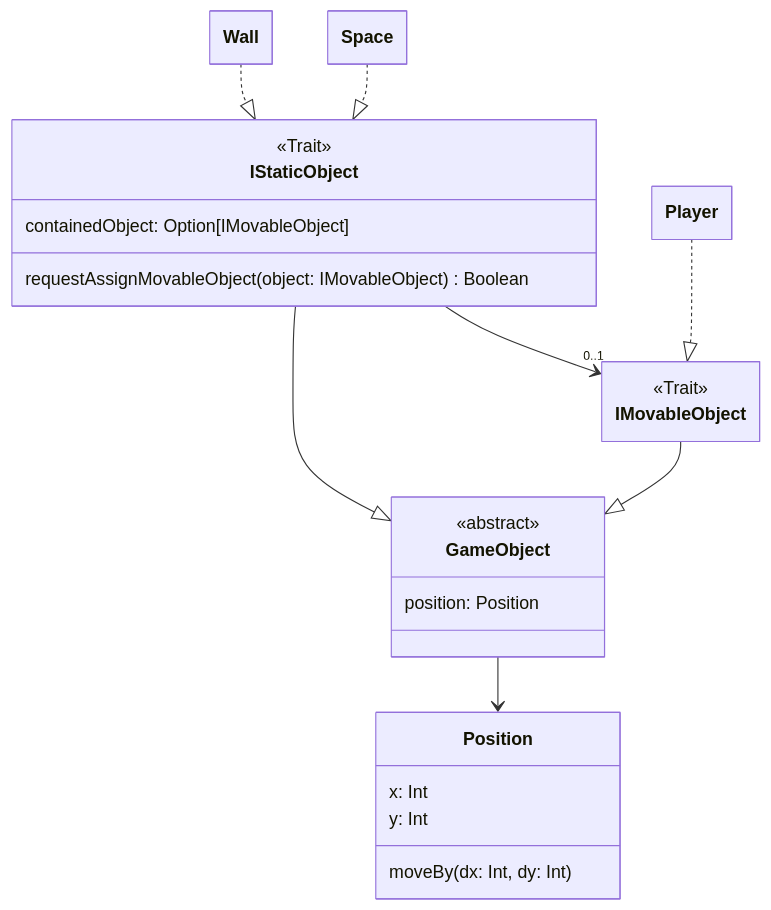
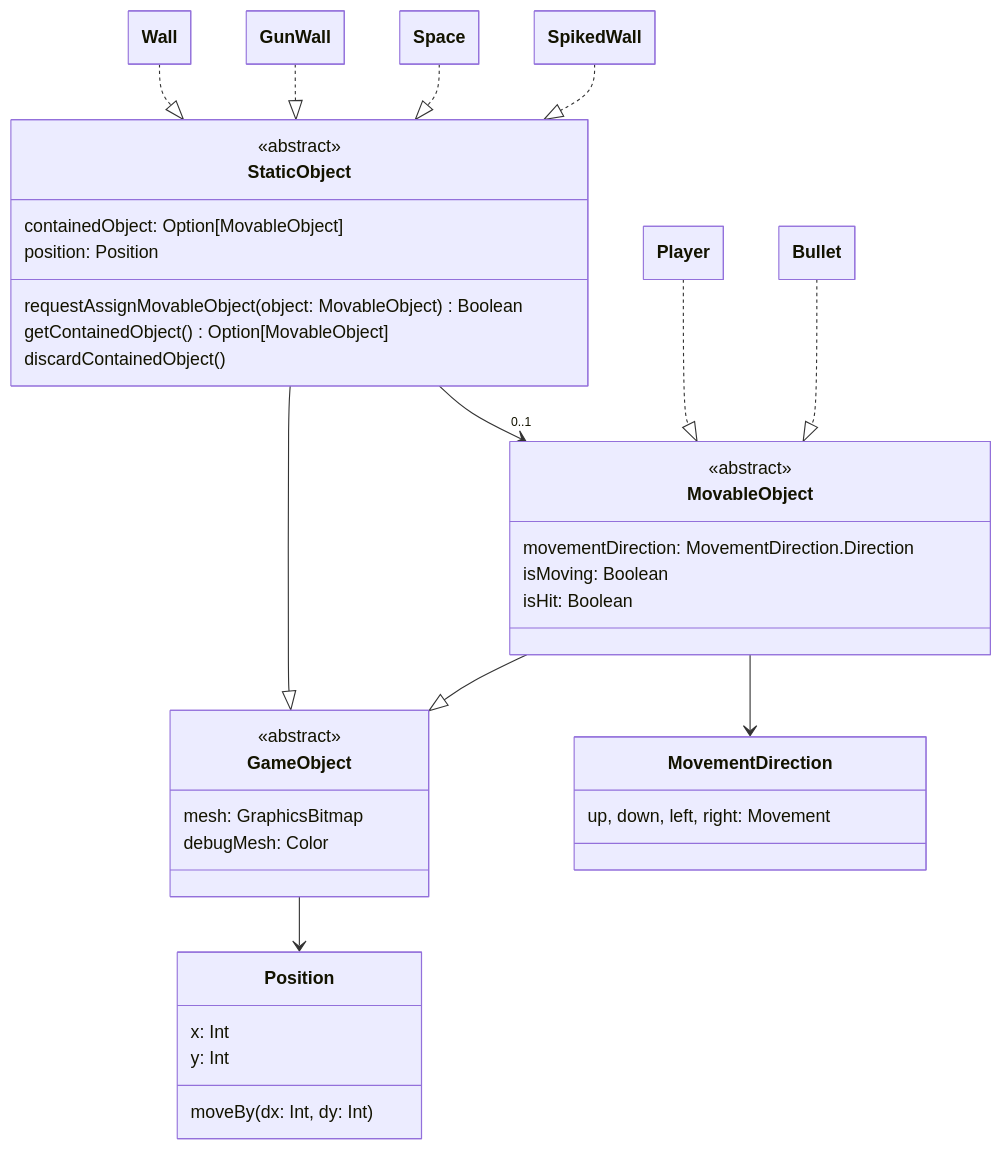
Before and after one commit to arsenedo/LabyrinthGame: the diagram in README.md, drawn with Mermaid. The commit also changed other lines of this file and 53 other files, not shown here.

````diff
--- a/README.md
+++ b/README.md
@@ -26,51 +50,77 @@
 ```mermaid
 ---
 config:
     class:
         hideEmptyMembersBox: true
     layout: dagre
 ---
 classDiagram
 direction TB
     class GameObject {
-        position: Position
+        mesh: GraphicsBitmap
+        debugMesh: Color
     }
 
-    class IStaticObject {
-        containedObject: Option[IMovableObject]
-        requestAssignMovableObject(object: IMovableObject) Boolean
+    class StaticObject {
+        containedObject: Option[MovableObject]
+        position: Position
+        requestAssignMovableObject(object: MovableObject) Boolean
+        getContainedObject() Option[MovableObject]
+        discardContainedObject()
     }
 
-    class IMovableObject {
+    class MovableObject {
+        movementDirection: MovementDirection.Direction
+        isMoving: Boolean
+        isHit: Boolean
     }
     
     class Position {
         x: Int
         y: Int
         
         moveBy(dx: Int, dy: Int)
     }
 
     class Wall {
     }
 
     class Space {
     }
+    
+    class GunWall {
+    }
+    
+    class SpikedWall {
+    }
 
     class Player {
     }
+    
+    class Bullet {
+    }
+    
+    class MovementDirection {
+        up, down, left, right: Movement
+    }
 
     <<abstract>> GameObject
-    <<Trait>> IStaticObject
-    <<Trait>> IMovableObject
+    <<abstract>> StaticObject
+    <<abstract>> MovableObject
 
     GameObject --> Position
+    
+    MovableObject --> MovementDirection
 
-    IStaticObject --|> GameObject
-    IStaticObject --> "0..1" IMovableObject
-    IMovableObject --|> GameObject
+    StaticObject --|> GameObject
+    StaticObject --> "0..1" MovableObject
+    MovableObject --|> GameObject
 
-    Wall ..|> IStaticObject
-    Space ..|> IStaticObject
-    Player ..|> IMovableObject
+    Wall ..|> StaticObject
+    GunWall ..|> StaticObject
+    Space ..|> StaticObject
+    SpikedWall ..|> StaticObject
+    
+    Player ..|> MovableObject
+    Bullet ..|> MovableObject
 ```
````
